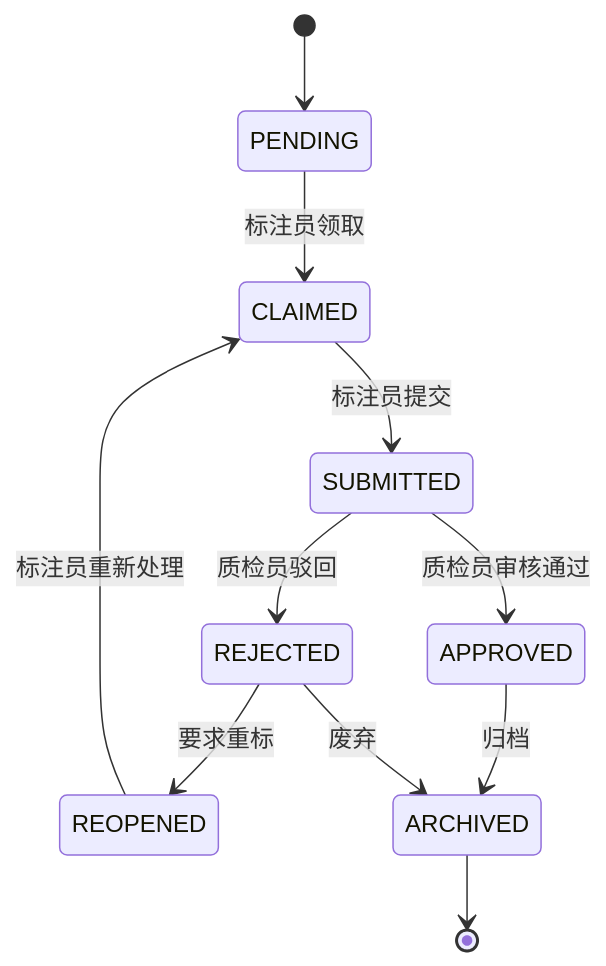
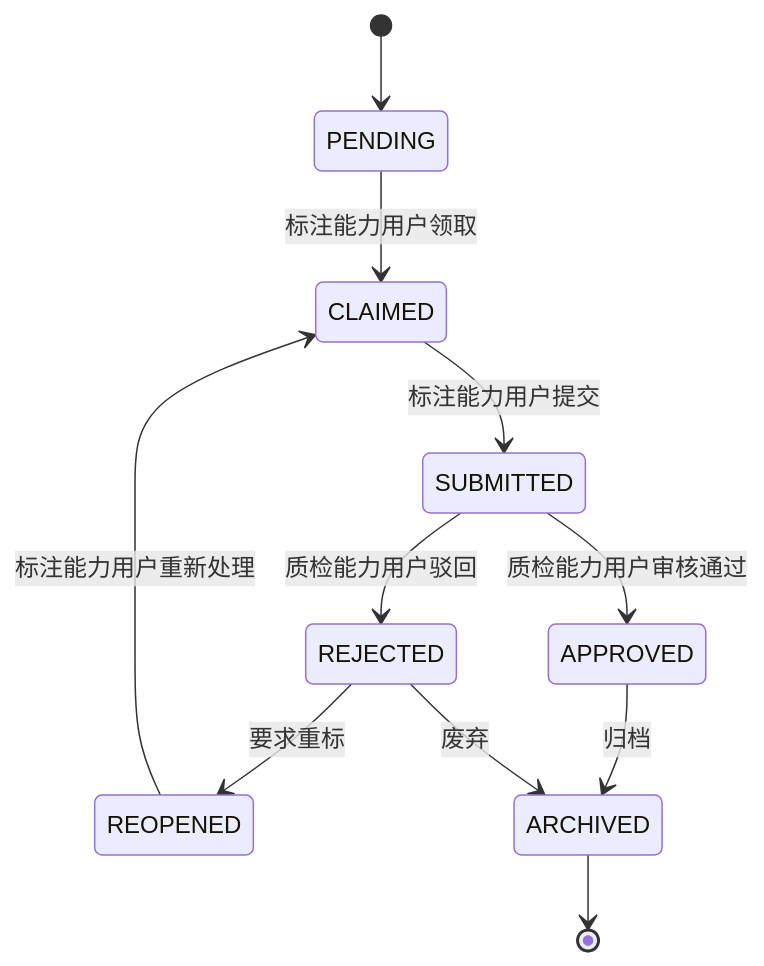
The third of 3 diagrams in 架构设计/权限管理体系设计.md (grady0304/langfuse-pro), drawn with Mermaid before and after one commit. The commit also changed other lines of this file, not shown here.

````diff
--- a/架构设计/权限管理体系设计.md
+++ b/架构设计/权限管理体系设计.md
@@ -215,13 +222,13 @@
 ```mermaid
 stateDiagram-v2
     [*] --> PENDING
-    PENDING --> CLAIMED: 标注员领取
-    CLAIMED --> SUBMITTED: 标注员提交
-    SUBMITTED --> APPROVED: 质检员审核通过
-    SUBMITTED --> REJECTED: 质检员驳回
+    PENDING --> CLAIMED: 标注能力用户领取
+    CLAIMED --> SUBMITTED: 标注能力用户提交
+    SUBMITTED --> APPROVED: 质检能力用户审核通过
+    SUBMITTED --> REJECTED: 质检能力用户驳回
     REJECTED --> REOPENED: 要求重标
-    REOPENED --> CLAIMED: 标注员重新处理
+    REOPENED --> CLAIMED: 标注能力用户重新处理
     APPROVED --> ARCHIVED: 归档
     REJECTED --> ARCHIVED: 废弃
     ARCHIVED --> [*]
 ```
````
